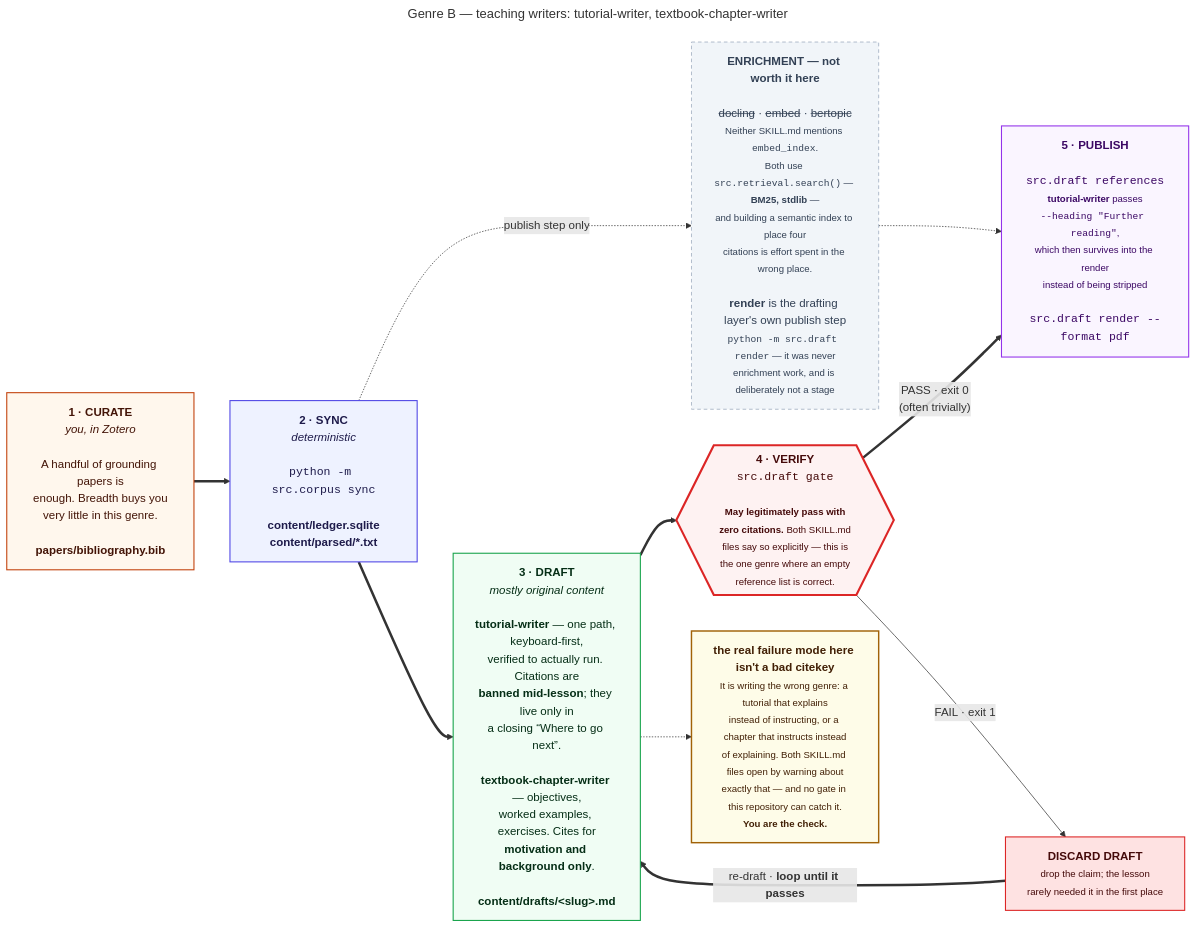
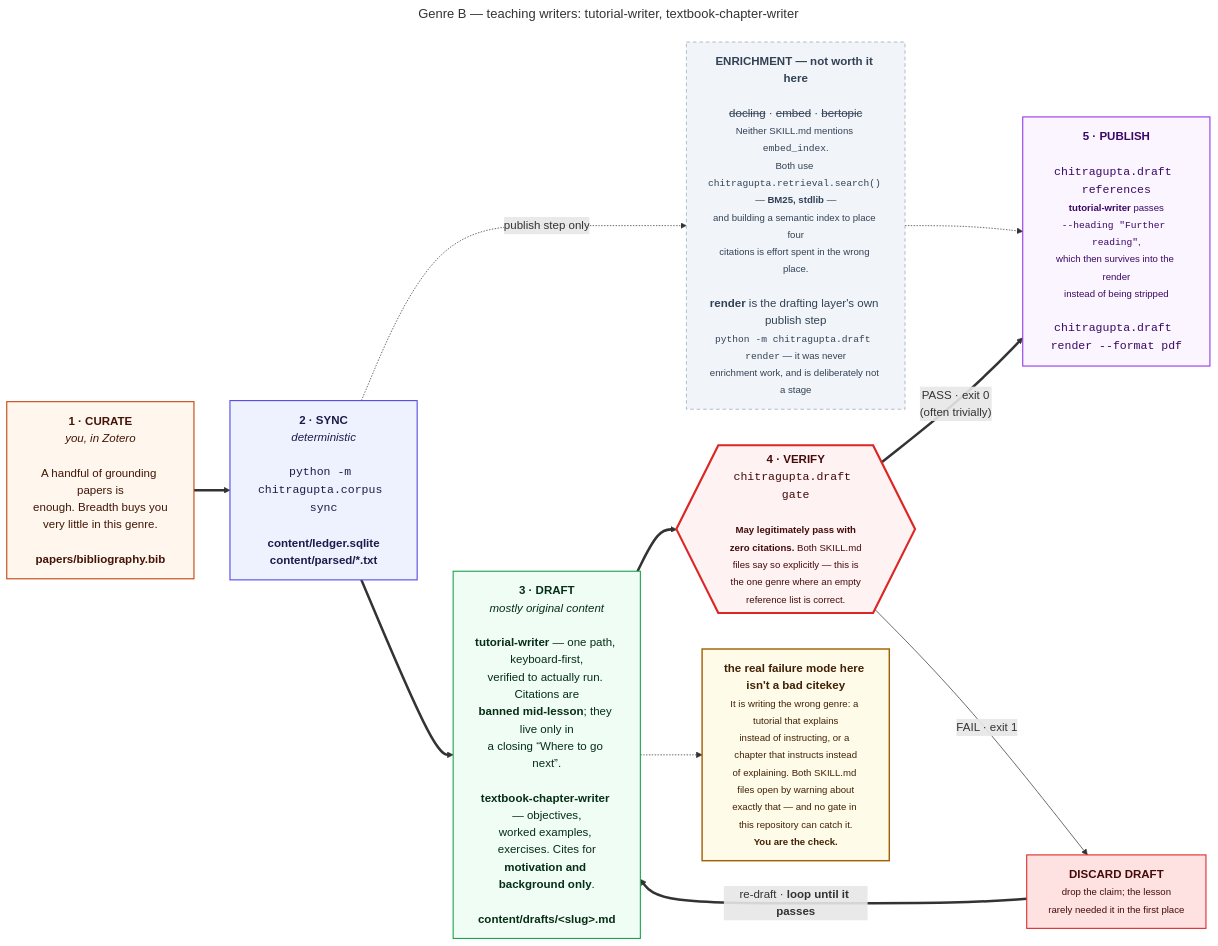
The diagram in docs/diagrams/g2-teaching.mmd (prasadtalasila/chitragupta), drawn with Mermaid before and after one commit. The commit also changed 255 other files, not shown here.

```diff
--- a/docs/diagrams/g2-teaching.mmd
+++ b/docs/diagrams/g2-teaching.mmd
@@ -1,46 +1,46 @@
 ---
 title: "Genre B — teaching writers: tutorial-writer, textbook-chapter-writer"
 ---
 flowchart LR
 
   P0["<b>1 · CURATE</b><br/><i>you, in Zotero</i><br/><br/>A handful of grounding papers is<br/>enough. Breadth buys you<br/>very little in this genre.<br/><br/><b>papers/bibliography.bib</b>"]
 
-  P1["<b>2 · SYNC</b><br/><i>deterministic</i><br/><br/><code>python -m src.corpus sync</code><br/><br/><b>content/ledger.sqlite</b><br/><b>content/parsed/*.txt</b>"]
+  P1["<b>2 · SYNC</b><br/><i>deterministic</i><br/><br/><code>python -m chitragupta.corpus sync</code><br/><br/><b>content/ledger.sqlite</b><br/><b>content/parsed/*.txt</b>"]
 
-  HEAVY["<b>ENRICHMENT — not worth it here</b><br/><br/><s>docling</s> · <s>embed</s> · <s>bertopic</s><br/><small>Neither SKILL.md mentions <code>embed_index</code>.<br/>Both use <code>src.retrieval.search()</code> — <b>BM25, stdlib</b> —<br/>and building a semantic index to place four<br/>citations is effort spent in the wrong place.</small><br/><br/><b>render</b> is the drafting layer's own publish step<br/><small><code>python -m src.draft render</code> — it was never<br/>enrichment work, and is deliberately not a stage</small>"]
+  HEAVY["<b>ENRICHMENT — not worth it here</b><br/><br/><s>docling</s> · <s>embed</s> · <s>bertopic</s><br/><small>Neither SKILL.md mentions <code>embed_index</code>.<br/>Both use <code>chitragupta.retrieval.search()</code> — <b>BM25, stdlib</b> —<br/>and building a semantic index to place four<br/>citations is effort spent in the wrong place.</small><br/><br/><b>render</b> is the drafting layer's own publish step<br/><small><code>python -m chitragupta.draft render</code> — it was never<br/>enrichment work, and is deliberately not a stage</small>"]
 
   P2["<b>3 · DRAFT</b><br/><i>mostly original content</i><br/><br/><b>tutorial-writer</b> — one path, keyboard-first,<br/>verified to actually run. Citations are<br/><b>banned mid-lesson</b>; they live only in<br/>a closing “Where to go next”.<br/><br/><b>textbook-chapter-writer</b> — objectives,<br/>worked examples, exercises. Cites for<br/><b>motivation and background only</b>.<br/><br/><b>content/drafts/&lt;slug&gt;.md</b>"]
 
-  P3{{"<b>4 · VERIFY</b><br/><code>src.draft gate</code><br/><br/><small><b>May legitimately pass with<br/>zero citations.</b> Both SKILL.md<br/>files say so explicitly — this is<br/>the one genre where an empty<br/>reference list is correct.</small>"}}
+  P3{{"<b>4 · VERIFY</b><br/><code>chitragupta.draft gate</code><br/><br/><small><b>May legitimately pass with<br/>zero citations.</b> Both SKILL.md<br/>files say so explicitly — this is<br/>the one genre where an empty<br/>reference list is correct.</small>"}}
 
   FIX["<b>DISCARD DRAFT</b><br/><small>drop the claim; the lesson<br/>rarely needed it in the first place</small>"]
 
-  P4["<b>5 · PUBLISH</b><br/><br/><code>src.draft references</code><br/><small><b>tutorial-writer</b> passes<br/><code>--heading &quot;Further reading&quot;</code>,<br/>which then survives into the render<br/>instead of being stripped</small><br/><br/><code>src.draft render --format pdf</code>"]
+  P4["<b>5 · PUBLISH</b><br/><br/><code>chitragupta.draft references</code><br/><small><b>tutorial-writer</b> passes<br/><code>--heading &quot;Further reading&quot;</code>,<br/>which then survives into the render<br/>instead of being stripped</small><br/><br/><code>chitragupta.draft render --format pdf</code>"]
 
   RISK["<b>the real failure mode here isn't a bad citekey</b><br/><small>It is writing the wrong genre: a tutorial that explains<br/>instead of instructing, or a chapter that instructs instead<br/>of explaining. Both SKILL.md files open by warning about<br/>exactly that — and no gate in this repository can catch it.<br/><b>You are the check.</b></small>"]
 
   P0 ==> P1 ==> P2 ==> P3
   P1 -. "publish step only" .-> HEAVY
   HEAVY -.-> P4
   P3 == "PASS · exit 0<br/>(often trivially)" ==> P4
   P3 -- "FAIL · exit 1" --> FIX
   FIX == "re-draft · <b>loop until it passes</b>" ==> P2
   P2 -.-> RISK
 
   classDef you fill:#fff7ed,stroke:#c2410c,stroke-width:1.5px,color:#431407
   classDef det fill:#eef2ff,stroke:#4f46e5,stroke-width:1.5px,color:#1e1b4b
   classDef gen fill:#f0fdf4,stroke:#16a34a,stroke-width:1.5px,color:#052e16
   classDef gate fill:#fef2f2,stroke:#dc2626,stroke-width:3px,color:#450a0a
   classDef out fill:#faf5ff,stroke:#9333ea,stroke-width:1.5px,color:#3b0764
   classDef bad fill:#fee2e2,stroke:#dc2626,stroke-width:1.5px,color:#450a0a
   classDef off fill:#f1f5f9,stroke:#94a3b8,stroke-dasharray:5 4,color:#334155
   classDef risk fill:#fefce8,stroke:#a16207,stroke-width:2px,color:#422006
 
   class P0 you
   class P1 det
   class P2 gen
   class P3 gate
   class P4 out
   class FIX bad
   class HEAVY off
   class RISK risk
```
